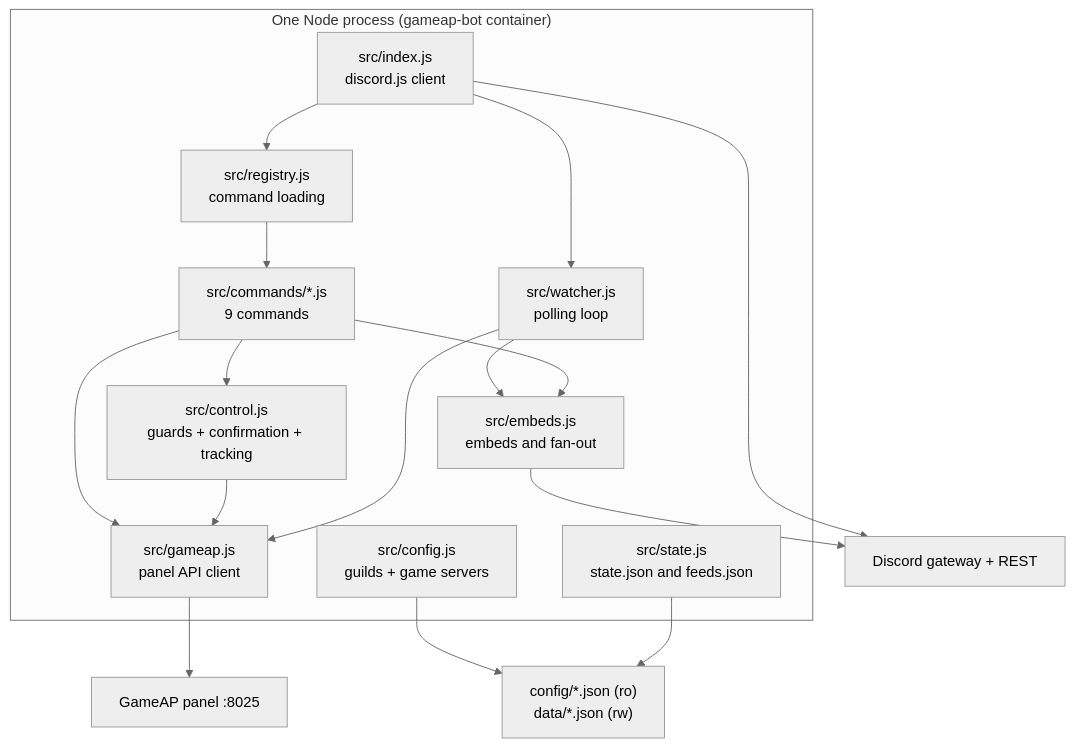
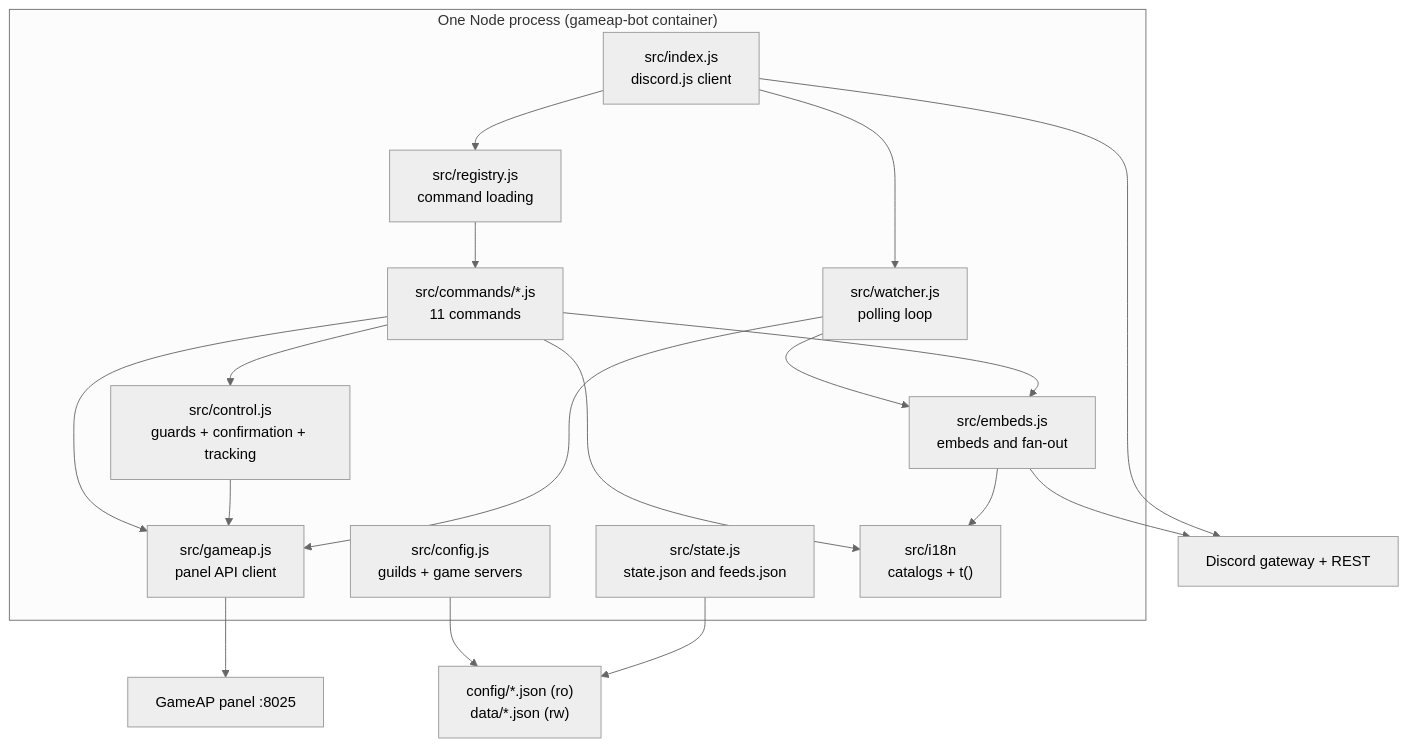
One commit to neyzerth/gameap-discord changed the first of 3 diagrams in docs/architecture.md. Above: the diagram before and after it, drawn with Mermaid (neutral theme). The commit also changed other lines of this file and 13 other files, not shown here.

````diff
--- a/docs/architecture.md
+++ b/docs/architecture.md
@@ -7,31 +7,34 @@
 ```mermaid
 flowchart TB
   subgraph PROC["One Node process (gameap-bot container)"]
     IDX["src/index.js<br/>discord.js client"]
     REG["src/registry.js<br/>command loading"]
-    CMD["src/commands/*.js<br/>9 commands"]
+    CMD["src/commands/*.js<br/>11 commands"]
     CTRL["src/control.js<br/>guards + confirmation + tracking"]
     WATCH["src/watcher.js<br/>polling loop"]
     CFG["src/config.js<br/>guilds + game servers"]
     STATE["src/state.js<br/>state.json and feeds.json"]
     GA["src/gameap.js<br/>panel API client"]
     EMB["src/embeds.js<br/>embeds and fan-out"]
+    I18N["src/i18n<br/>catalogs + t()"]
   end
 
   PANEL["GameAP panel :8025"]
   DISC["Discord gateway + REST"]
   FILES["config/*.json (ro)<br/>data/*.json (rw)"]
 
   IDX --> REG --> CMD --> CTRL
   IDX --> WATCH
   CMD --> GA
   CTRL --> GA
   WATCH --> GA
   WATCH --> EMB
+  CMD --> EMB
+  CMD --> I18N
+  EMB --> I18N
   EMB --> DISC
-  CMD --> EMB
   IDX --> DISC
   CFG --> FILES
   STATE --> FILES
   GA --> PANEL
 ```
````
